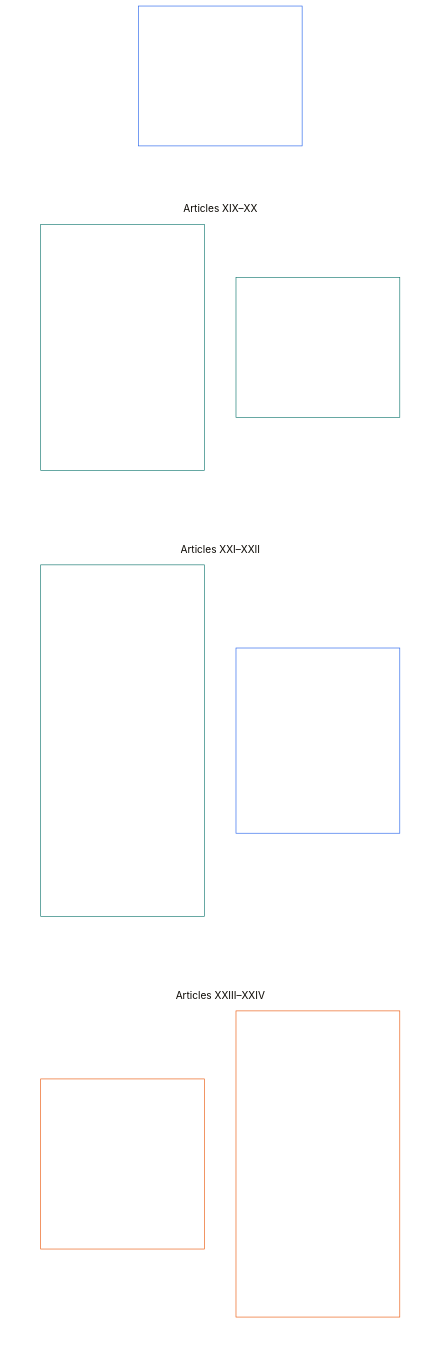
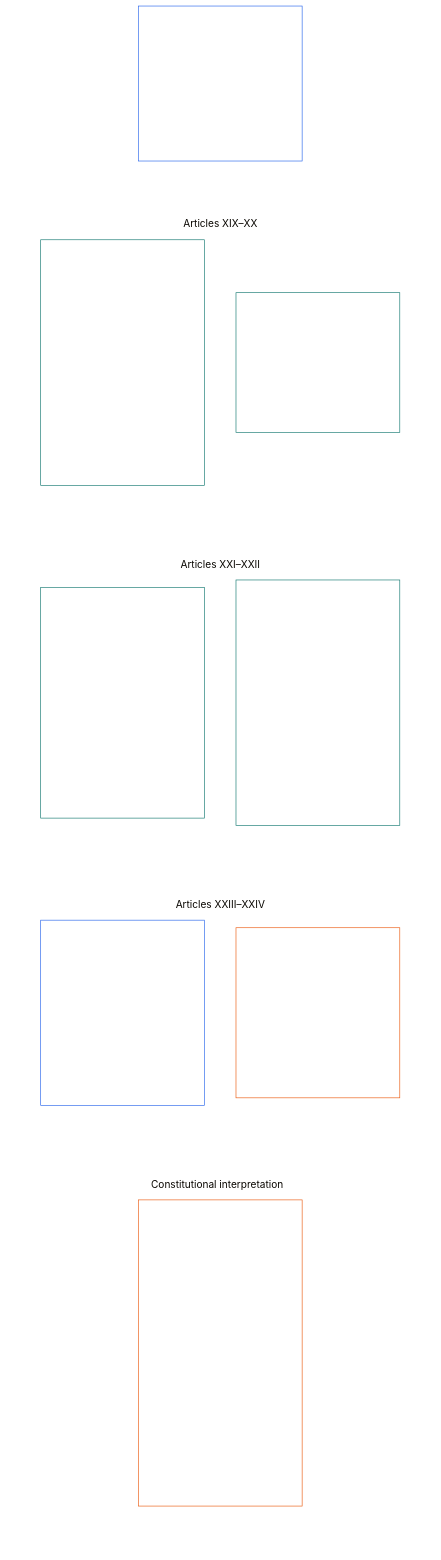
The diagram in core_06_rights_part_d.md (kfoelsch/Sentient_Constitution), drawn with Mermaid (base theme) before and after one commit. The commit also changed other lines of this file and 120 other files, not shown here.

First line of the commit message:
docs(ch06): give Movement and Refuge its own Article XXII; renumber XXII-XXVII

````diff
--- a/core_06_rights_part_d.md
+++ b/core_06_rights_part_d.md
@@ -40,36 +40,42 @@
 ```mermaid
 flowchart TB
-    D0["Part D<br/><br/>Standing, justice, interoperability,<br/>comprehensibility, root-cause review, and constitutional interpretation"]
+    D0["Part D<br/><br/>Standing, justice, interoperability, movement and refuge,<br/>comprehensibility, root-cause review, and constitutional interpretation"]
     subgraph Dgrid[" "]
         direction TB
         subgraph Drow1["Articles XIX–XX"]
             D1["**Article XIX** (*Standing and Participation Status*) · Standing and Participation Status<br/><br/>• Standing distinctions<br/>• Contestability and restriction limits<br/>• Contribution, competency bars, and named-pathway eligibility<br/>• Violations and standing locks<br/>• Voting and special locks"]
             D2["**Article XX** (*Justice After Verified Violation*) · Justice After Verified Violation<br/><br/>• Justice objective and scope<br/>• Restriction floors"]
         end
         subgraph Drow2["Articles XXI–XXII"]
-            D3["**Article XXI** (*Interoperability, Portability, Movement, Refuge, and Exit Integrity*) · Interoperability, Portability, Movement, Refuge, and Exit Integrity<br/><br/>• Portability<br/>• Reciprocal interoperability<br/>• Anti-lock-in<br/>• Open formats and standards<br/>• Movement and relocation<br/>• Refuge from non-compliance<br/>• Non-statelessness<br/>• Limitation, custody, and emergency discipline"]
-            D4["**Article XXII** (*Comprehensibility and Complexity Stewardship*) · Comprehensibility and Complexity Stewardship<br/><br/>• Proportional comprehensibility<br/>• Complexity audit and modularity"]
+            D3["**Article XXI** (*Interoperability, Portability, and Exit Integrity*) · Interoperability, Portability, and Exit Integrity<br/><br/>• Portability<br/>• Reciprocal interoperability<br/>• Anti-lock-in<br/>• Open formats and standards"]
+            D4["**Article XXII** (*Movement, Migration, Refuge, and Non-Statelessness*) · Movement, Migration, Refuge, and Non-Statelessness<br/><br/>• Movement and relocation<br/>• Refuge from non-compliance<br/>• Non-statelessness<br/>• Limitation, custody, and emergency discipline"]
         end
         subgraph Drow3["Articles XXIII–XXIV"]
-            D5["**Article XXIII** (*Root Cause Analysis and Adaptive Response*) · Root Cause Analysis and Adaptive Response<br/><br/>• Diagnostic rigor and causal attribution<br/>• Auditability, challenge, and reversibility"]
-            D6["**Article XXIV** (*Constitutional Interpretation, Review, and Anti-Capture Safeguards*) · Constitutional Interpretation, Review, and Anti-Capture Safeguards<br/><br/>• Bounded interpretive mandate and public reasons<br/>• Challenge rights and independent review<br/>• Forum independence and external review<br/>• Removal and non-entrenchment"]
+            D5["**Article XXIII** (*Comprehensibility and Complexity Stewardship*) · Comprehensibility and Complexity Stewardship<br/><br/>• Proportional comprehensibility<br/>• Complexity audit and modularity"]
+            D6["**Article XXIV** (*Root Cause Analysis and Adaptive Response*) · Root Cause Analysis and Adaptive Response<br/><br/>• Diagnostic rigor and causal attribution<br/>• Auditability, challenge, and reversibility"]
+        end
+        subgraph Drow4["Constitutional interpretation"]
+            D7["**Article XXV** (*Constitutional Interpretation, Review, and Anti-Capture Safeguards*) · Constitutional Interpretation, Review, and Anti-Capture Safeguards<br/><br/>• Bounded interpretive mandate and public reasons<br/>• Challenge rights and independent review<br/>• Forum independence and external review<br/>• Removal and non-entrenchment"]
         end
     end
     %% Invisible links force a two-wide grid: each link puts its target one level down.
     D0 ~~~ D1 & D2
     D1 ~~~ D3
     D2 ~~~ D4
     D3 ~~~ D5
     D4 ~~~ D6
+    D5 & D6 ~~~ D7
     style Dgrid fill:none,stroke:none
     style Drow1 fill:none,stroke:none
     style Drow2 fill:none,stroke:none
     style Drow3 fill:none,stroke:none
+    style Drow4 fill:none,stroke:none
     style D0 fill:none,stroke:#2563eb,color:#ffffff
     style D1 fill:none,stroke:#0f766e,color:#ffffff
     style D2 fill:none,stroke:#0f766e,color:#ffffff
     style D3 fill:none,stroke:#0f766e,color:#ffffff
-    style D4 fill:none,stroke:#2563eb,color:#ffffff
-    style D5 fill:none,stroke:#ea580c,color:#ffffff
+    style D4 fill:none,stroke:#0f766e,color:#ffffff
+    style D5 fill:none,stroke:#2563eb,color:#ffffff
     style D6 fill:none,stroke:#ea580c,color:#ffffff
+    style D7 fill:none,stroke:#ea580c,color:#ffffff
 ```
````
